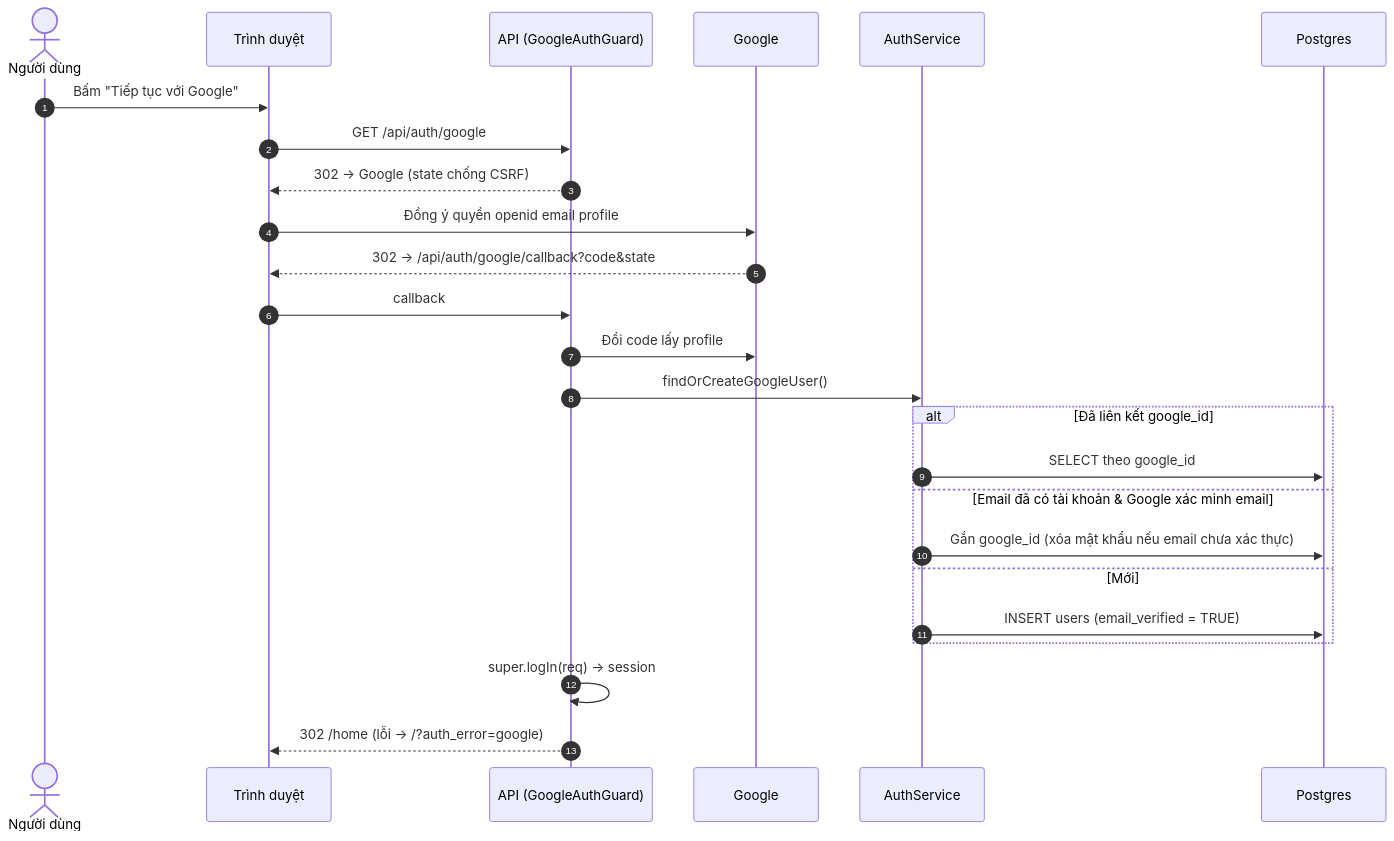
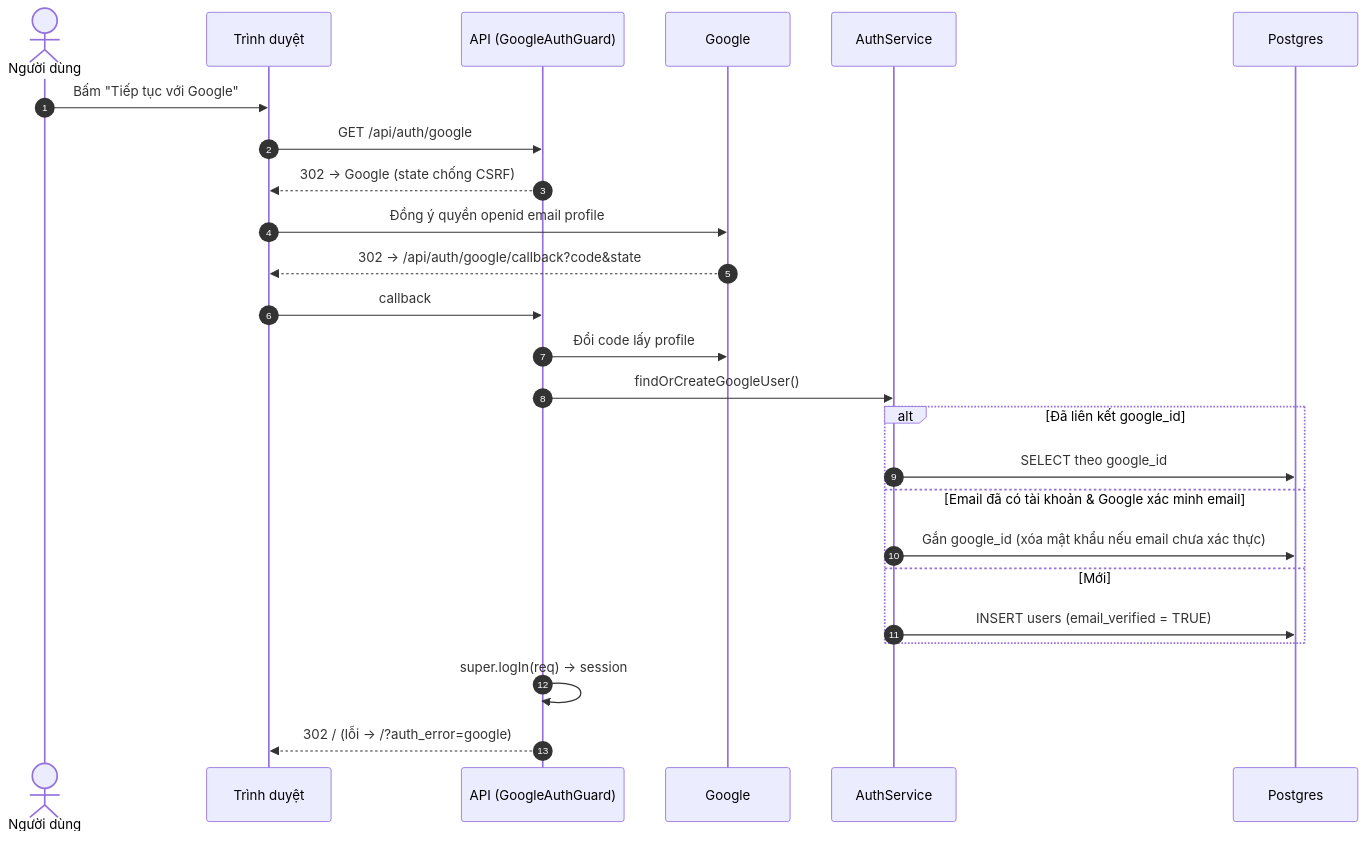
Before and after one commit to nhatcoi/pu-connect: the third of 10 diagrams in docs/diagrams/05-flows.md, drawn with Mermaid. The commit also changed 24 other files, not shown here.

````diff
--- a/docs/diagrams/05-flows.md
+++ b/docs/diagrams/05-flows.md
@@ -75,28 +75,28 @@
 ```mermaid
 sequenceDiagram
   autonumber
   actor U as Người dùng
   participant B as Trình duyệt
   participant A as API (GoogleAuthGuard)
   participant G as Google
   participant S as AuthService
   participant DB as Postgres
 
   U->>B: Bấm "Tiếp tục với Google"
   B->>A: GET /api/auth/google
   A-->>B: 302 → Google (state chống CSRF)
   B->>G: Đồng ý quyền openid email profile
   G-->>B: 302 → /api/auth/google/callback?code&state
   B->>A: callback
   A->>G: Đổi code lấy profile
   A->>S: findOrCreateGoogleUser()
   alt Đã liên kết google_id
     S->>DB: SELECT theo google_id
   else Email đã có tài khoản & Google xác minh email
     S->>DB: Gắn google_id (xóa mật khẩu nếu email chưa xác thực)
   else Mới
     S->>DB: INSERT users (email_verified = TRUE)
   end
   A->>A: super.logIn(req) → session
-  A-->>B: 302 /home (lỗi → /?auth_error=google)
+  A-->>B: 302 / (lỗi → /?auth_error=google)
 ```
````
